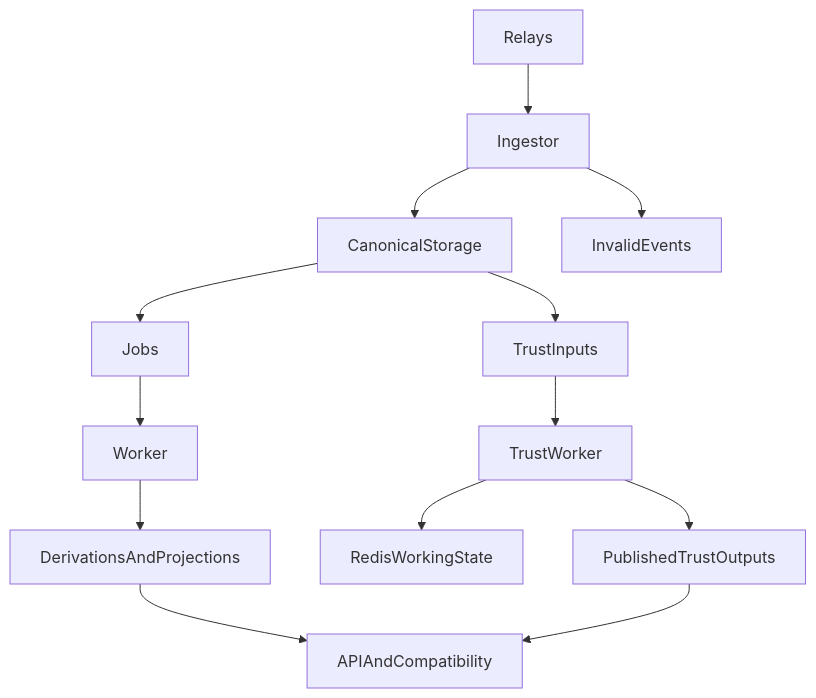
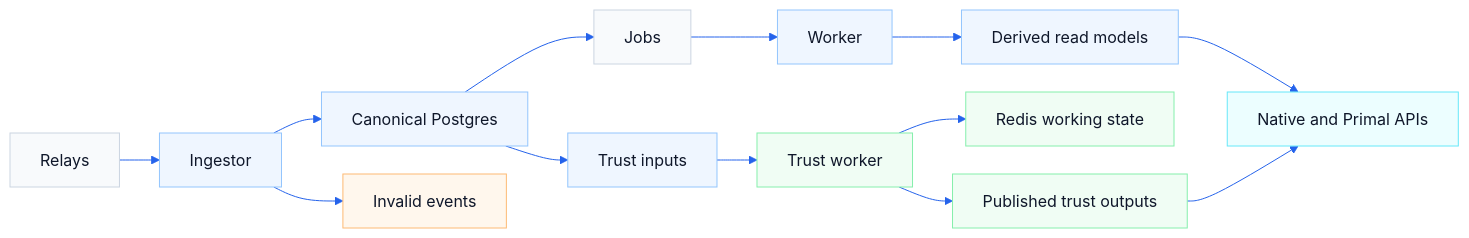
The diagram in docs/architecture.md (xdzczk/nostrmash), drawn with Mermaid before and after one commit. The commit also changed 10 other files, not shown here.

````diff
--- a/docs/architecture.md
+++ b/docs/architecture.md
@@ -34,16 +34,28 @@
 ```mermaid
-flowchart TD
+%%{init: {"theme":"base","themeVariables":{"fontFamily":"-apple-system, BlinkMacSystemFont, Segoe UI, sans-serif","primaryColor":"#eff6ff","primaryTextColor":"#0f172a","primaryBorderColor":"#93c5fd","lineColor":"#2563eb","secondaryColor":"#ecfeff","secondaryTextColor":"#0f172a","secondaryBorderColor":"#67e8f9","tertiaryColor":"#f0fdf4","tertiaryTextColor":"#0f172a","tertiaryBorderColor":"#86efac","clusterBkg":"#ffffff","clusterBorder":"#dbe7f5","mainBkg":"#ffffff","edgeLabelBackground":"#ffffff"},"flowchart":{"curve":"basis","nodeSpacing":28,"rankSpacing":40,"htmlLabels":false}}}%%
+flowchart LR
     Relays[Relays] --> Ingestor[Ingestor]
-    Ingestor --> Canonical[CanonicalStorage]
-    Ingestor --> Invalid[InvalidEvents]
+    Ingestor --> Canonical[Canonical Postgres]
+    Ingestor --> Invalid[Invalid events]
     Canonical --> Jobs[Jobs]
     Jobs --> Worker[Worker]
-    Worker --> Projections[DerivationsAndProjections]
-    Projections --> API[APIAndCompatibility]
-    Canonical --> TrustInputs[TrustInputs]
-    TrustInputs --> TrustWorker[TrustWorker]
-    TrustWorker --> Redis[RedisWorkingState]
-    TrustWorker --> TrustOutputs[PublishedTrustOutputs]
+    Worker --> Projections[Derived read models]
+    Projections --> API[Native and Primal APIs]
+    Canonical --> TrustInputs[Trust inputs]
+    TrustInputs --> TrustWorker[Trust worker]
+    TrustWorker --> Redis[Redis working state]
+    TrustWorker --> TrustOutputs[Published trust outputs]
     TrustOutputs --> API
 
+    classDef support fill:#f8fafc,stroke:#cbd5e1,color:#0f172a;
+    classDef core fill:#eff6ff,stroke:#93c5fd,color:#0f172a;
+    classDef trust fill:#f0fdf4,stroke:#86efac,color:#0f172a;
+    classDef api fill:#ecfeff,stroke:#67e8f9,color:#0f172a;
+    classDef caution fill:#fff7ed,stroke:#fdba74,color:#0f172a;
+
+    class Relays,Jobs support;
+    class Ingestor,Canonical,Worker,Projections,TrustInputs core;
+    class TrustWorker,Redis,TrustOutputs trust;
+    class API api;
+    class Invalid caution;
 ```
````
